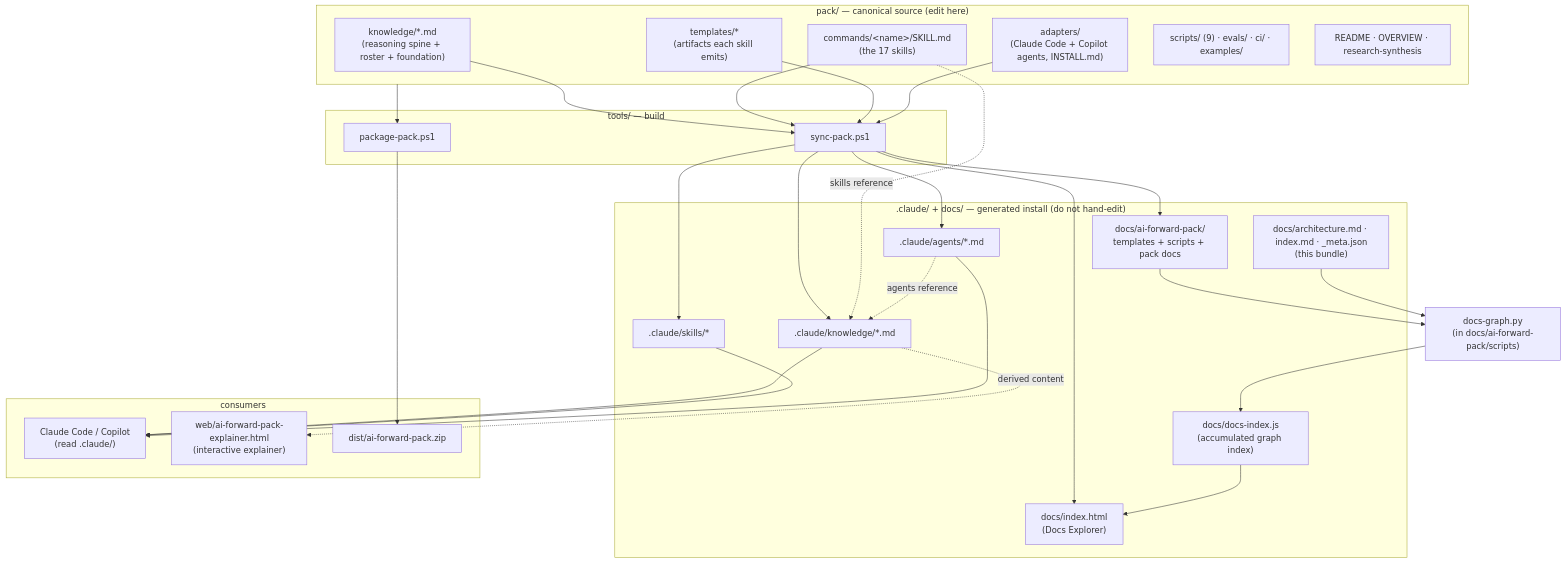
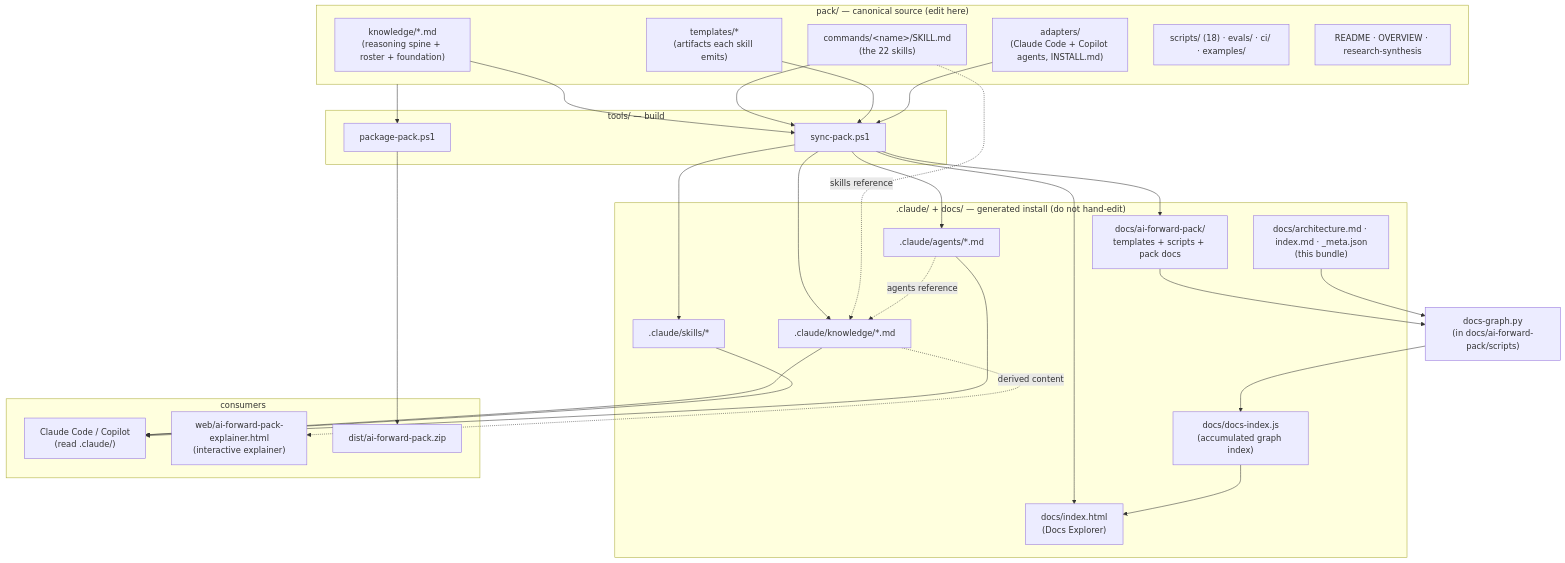
Before and after one commit to timianmalloo/ai-forward: the first of 4 diagrams in docs/architecture.md, drawn with Mermaid. The commit also changed other lines of this file and 5 other files, not shown here.

````diff
--- a/docs/architecture.md
+++ b/docs/architecture.md
@@ -57,49 +57,49 @@
 ```mermaid
 flowchart TB
   subgraph SRC["pack/ — canonical source (edit here)"]
     K["knowledge/*.md<br/>(reasoning spine + roster + foundation)"]
-    C["commands/&lt;name&gt;/SKILL.md<br/>(the 17 skills)"]
+    C["commands/&lt;name&gt;/SKILL.md<br/>(the 22 skills)"]
     T["templates/*<br/>(artifacts each skill emits)"]
     A["adapters/<br/>(Claude Code + Copilot agents, INSTALL.md)"]
-    SC["scripts/ (9) · evals/ · ci/ · examples/"]
+    SC["scripts/ (18) · evals/ · ci/ · examples/"]
     PD["README · OVERVIEW · research-synthesis"]
   end
 
   subgraph TOOLS["tools/ — build"]
     SYNC["sync-pack.ps1"]
     PKG["package-pack.ps1"]
   end
 
   subgraph INSTALL[".claude/ + docs/ — generated install (do not hand-edit)"]
     CK[".claude/knowledge/*.md"]
     CS[".claude/skills/*"]
     CA[".claude/agents/*.md"]
     DP["docs/ai-forward-pack/<br/>templates + scripts + pack docs"]
     EXP["docs/index.html<br/>(Docs Explorer)"]
     IDX["docs/docs-index.js<br/>(accumulated graph index)"]
     ARCH["docs/architecture.md · index.md · _meta.json<br/>(this bundle)"]
   end
 
   subgraph CONSUMERS["consumers"]
     CC["Claude Code / Copilot<br/>(read .claude/)"]
     WEBE["web/ai-forward-pack-explainer.html<br/>(interactive explainer)"]
     ZIP["dist/ai-forward-pack.zip"]
   end
 
   K --> SYNC
   C --> SYNC
   T --> SYNC
   A --> SYNC
   SYNC --> CK & CS & CA & DP & EXP
   C -. "skills reference" .-> CK
   CA -. "agents reference" .-> CK
   DP --> GRAPH["docs-graph.py<br/>(in docs/ai-forward-pack/scripts)"]
   GRAPH --> IDX
   ARCH --> GRAPH
   IDX --> EXP
   CK --> CC
   CS --> CC
   CA --> CC
   SRC --> PKG --> ZIP
   CK -. "derived content" .-> WEBE
 ```
````
